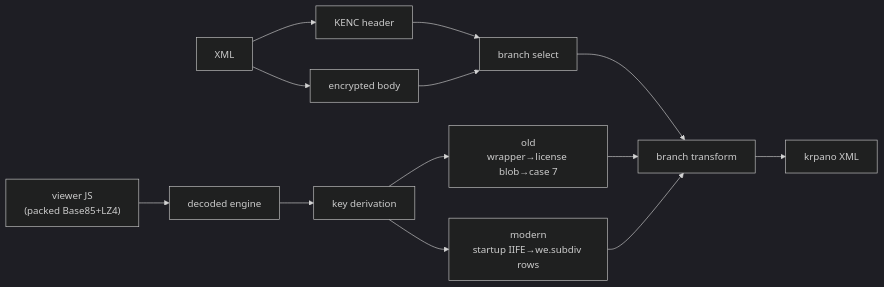
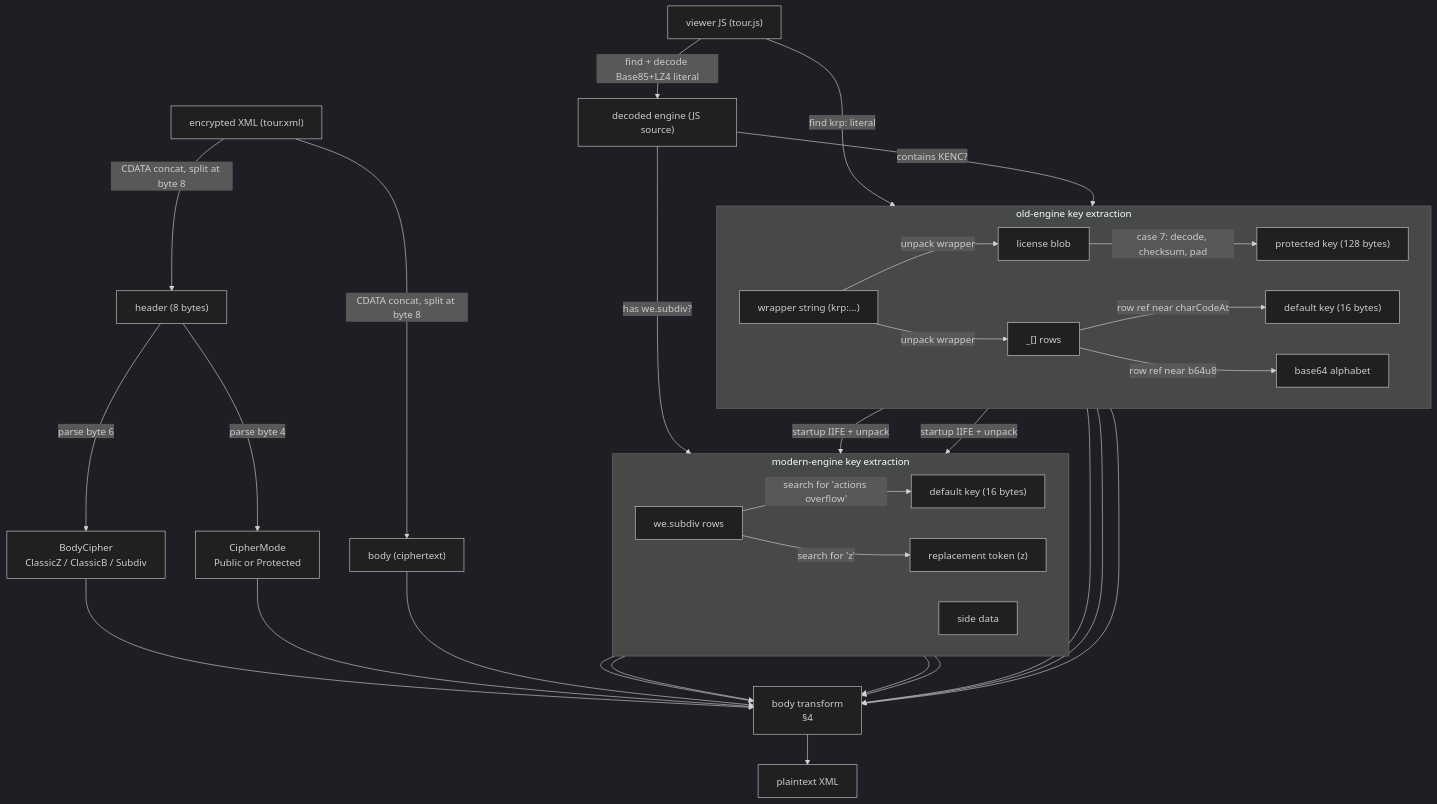
The diagram in src/krpano/PLAN.md (lovasoa/dezoomify-rs), drawn with Mermaid (dark theme) before and after one commit. The commit also changed other lines of this file and 5 other files, not shown here.

First line of the commit message:
Refactor krpano KENC header and branch module for clarity

````diff
--- a/src/krpano/PLAN.md
+++ b/src/krpano/PLAN.md
@@ -28,15 +139,47 @@
 ```mermaid
-flowchart LR
-    xml["<encrypted> XML"] --> header["KENC header"]
-    xml --> body["encrypted body"]
-    header --> branch["branch select"]
-    body --> branch
-    viewer["viewer JS<br/>(packed Base85+LZ4)"] --> engine["decoded engine"]
-    engine --> keygen["key derivation"]
-    keygen --> old["old<br/>wrapper→license blob→case 7"]
-    keygen --> modern["modern<br/>startup IIFE→we.subdiv rows"]
-    branch --> decrypt["branch transform"]
-    old --> decrypt
-    modern --> decrypt
-    decrypt --> plain["krpano XML"]
+flowchart TD
+    xml["encrypted XML (tour.xml)"]
+    vjs["viewer JS (tour.js)"]
+
+    xml -->|"CDATA concat, split at byte 8"| header["header (8 bytes)"]
+    xml -->|"CDATA concat, split at byte 8"| body["body (ciphertext)"]
+
+    header -->|"parse byte 4"| mode["CipherMode<br/>Public or Protected"]
+    header -->|"parse byte 6"| cipher["BodyCipher<br/>ClassicZ / ClassicB / Subdiv"]
+
+    vjs -->|"find krp: literal"| wrapper["wrapper string (krp:...)"]
+    vjs -->|"find + decode Base85+LZ4 literal"| engine["decoded engine (JS source)"]
+
+    engine -->|"contains KENC?"| old_keys
+    engine -->|"has we.subdiv?"| modern_keys
+
+    subgraph old_keys["old-engine key extraction"]
+        direction LR
+        wrapper -->|"unpack wrapper"| rows["_[] rows"]
+        wrapper -->|"unpack wrapper"| license["license blob"]
+        license -->|"case 7: decode, checksum, pad"| pkey["protected key (128 bytes)"]
+        rows -->|"row ref near charCodeAt"| odef["default key (16 bytes)"]
+        rows -->|"row ref near b64u8"| alpha["base64 alphabet"]
+    end
+
+    subgraph modern_keys["modern-engine key extraction"]
+        direction LR
+        wrapper -->|"startup IIFE + unpack"| srows["we.subdiv rows"]
+        wrapper -->|"startup IIFE + unpack"| side["side data"]
+        srows -->|"search for 'actions overflow'"| mdef["default key (16 bytes)"]
+        srows -->|"search for 'z'"| token["replacement token (z)"]
+    end
+
+    cipher --> dispatch["body transform<br/>§4"]
+    mode --> dispatch
+    body --> dispatch
+    pkey --> dispatch
+    odef --> dispatch
+    alpha --> dispatch
+    mdef --> dispatch
+    token --> dispatch
+    srows --> dispatch
+    side --> dispatch
+
+    dispatch --> plain["plaintext XML"]
 ```
````
